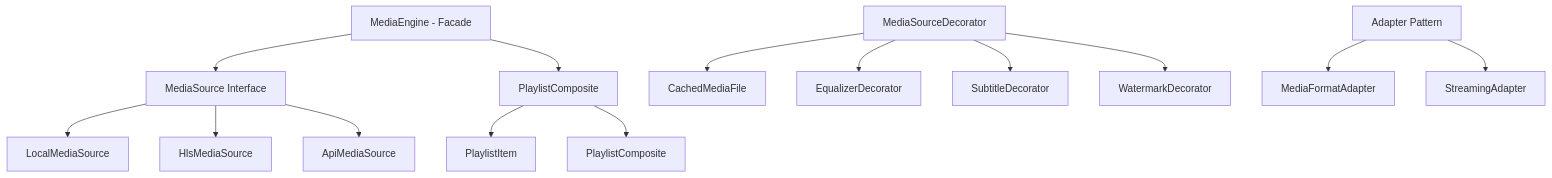
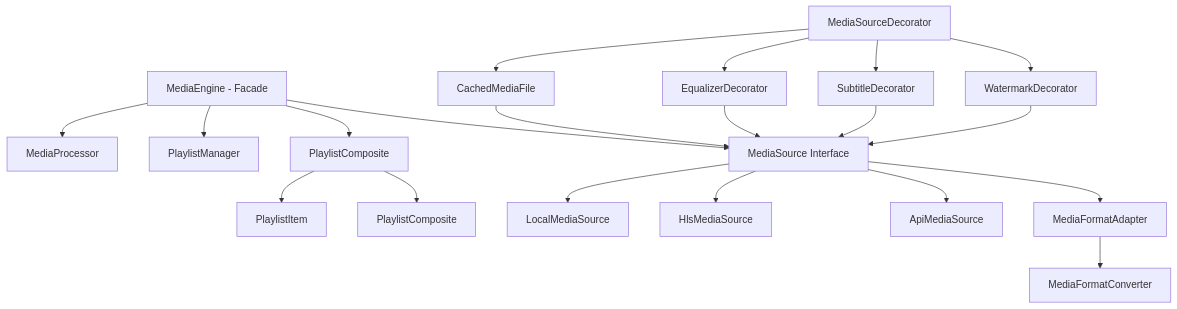
One commit to JfryAntopuesto/Modular-Media-Streaming-Suite changed the diagram in README.md. Above: the diagram before and after it, drawn with Mermaid.

````diff
--- a/README.md
+++ b/README.md
@@ -44,20 +44,33 @@
 ```mermaid
 graph TB
-    A[MediaEngine - Facade] --> B[MediaSource Interface]
+    %% Facade Pattern
+    A[MediaEngine - Facade] --> B[MediaProcessor]
+    A --> C[PlaylistManager]
     A --> D[PlaylistComposite]
     
-    B --> E[LocalMediaSource]
-    B --> F[HlsMediaSource]
-    B --> G[ApiMediaSource]
+    %% MediaSource Interface (Adapter Pattern)
+    E[MediaSource Interface] --> F[LocalMediaSource]
+    E --> G[HlsMediaSource]
+    E --> H[ApiMediaSource]
+    E --> I[MediaFormatAdapter]
     
-    D --> J[PlaylistItem]
-    D --> K[PlaylistComposite]
+    %% Adapter Pattern
+    I --> J[MediaFormatConverter]
     
-    L[MediaSourceDecorator] --> M[CachedMediaFile]
-    L --> N[EqualizerDecorator]
-    L --> O[SubtitleDecorator]
-    L --> P[WatermarkDecorator]
+    %% Composite Pattern
+    D --> K[PlaylistItem]
+    D --> L[PlaylistComposite]
     
-    Q[Adapter Pattern] --> R[MediaFormatAdapter]
-    Q --> S[StreamingAdapter]
+    %% Decorator Pattern
+    M[MediaSourceDecorator] --> N[CachedMediaFile]
+    M --> O[EqualizerDecorator]
+    M --> P[SubtitleDecorator]
+    M --> Q[WatermarkDecorator]
+    
+    %% Connections
+    A --> E
+    N --> E
+    O --> E
+    P --> E
+    Q --> E
 ```
````
